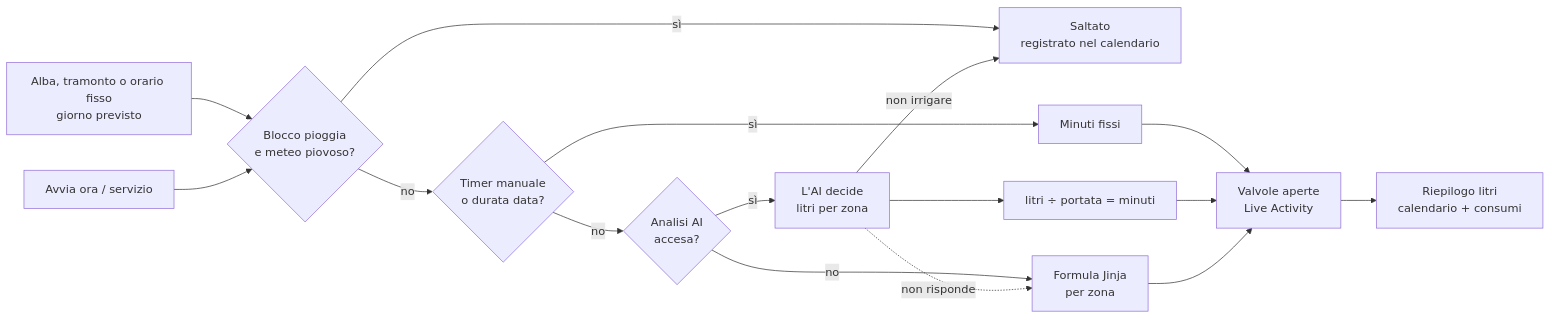
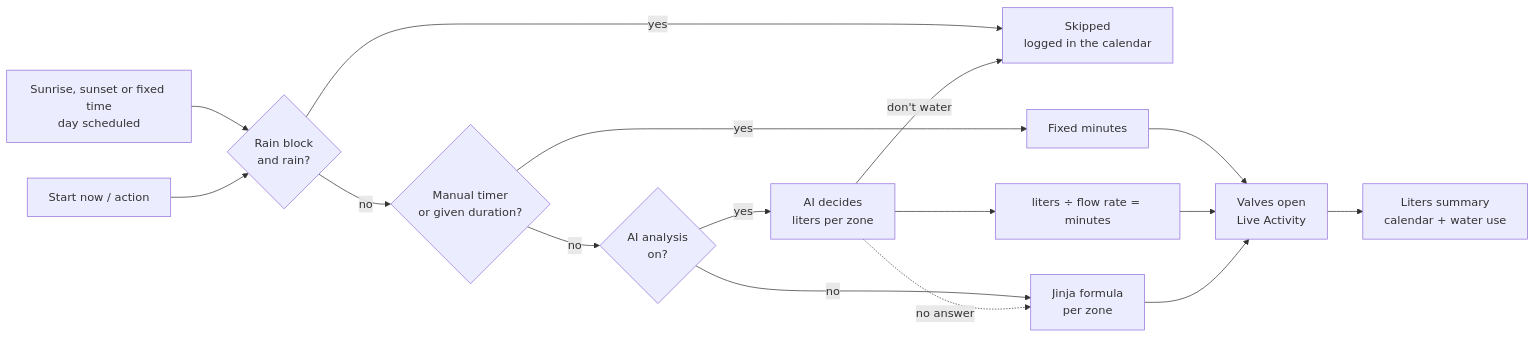
One commit to acaonweb/irrigazione-ai changed the diagram in README.md. Above: the diagram before and after it, drawn with Mermaid. The commit also changed other lines of this file and 2 other files, not shown here.

````diff
--- a/README.md
+++ b/README.md
@@ -123,17 +125,17 @@
 ```mermaid
 flowchart LR
-    A[Alba, tramonto o orario fisso<br/>giorno previsto] --> B{Blocco pioggia<br/>e meteo piovoso?}
-    M[Avvia ora / servizio] --> B
-    B -- sì --> X[Saltato<br/>registrato nel calendario]
-    B -- no --> C{Timer manuale<br/>o durata data?}
-    C -- sì --> F[Minuti fissi]
-    C -- no --> D{Analisi AI<br/>accesa?}
-    D -- sì --> E[L'AI decide<br/>litri per zona] --> G[litri ÷ portata = minuti]
-    D -- no --> H[Formula Jinja<br/>per zona]
-    E -. non risponde .-> H
-    E -- non irrigare --> X
-    F --> R[Valvole aperte<br/>Live Activity]
+    A[Sunrise, sunset or fixed time<br/>day scheduled] --> B{Rain block<br/>and rain?}
+    M[Start now / action] --> B
+    B -- yes --> X[Skipped<br/>logged in the calendar]
+    B -- no --> C{Manual timer<br/>or given duration?}
+    C -- yes --> F[Fixed minutes]
+    C -- no --> D{AI analysis<br/>on?}
+    D -- yes --> E[AI decides<br/>liters per zone] --> G[liters ÷ flow rate = minutes]
+    D -- no --> H[Jinja formula<br/>per zone]
+    E -. no answer .-> H
+    E -- don't water --> X
+    F --> R[Valves open<br/>Live Activity]
     G --> R
     H --> R
-    R --> Z[Riepilogo litri<br/>calendario + consumi]
+    R --> Z[Liters summary<br/>calendar + water use]
 ```
````
